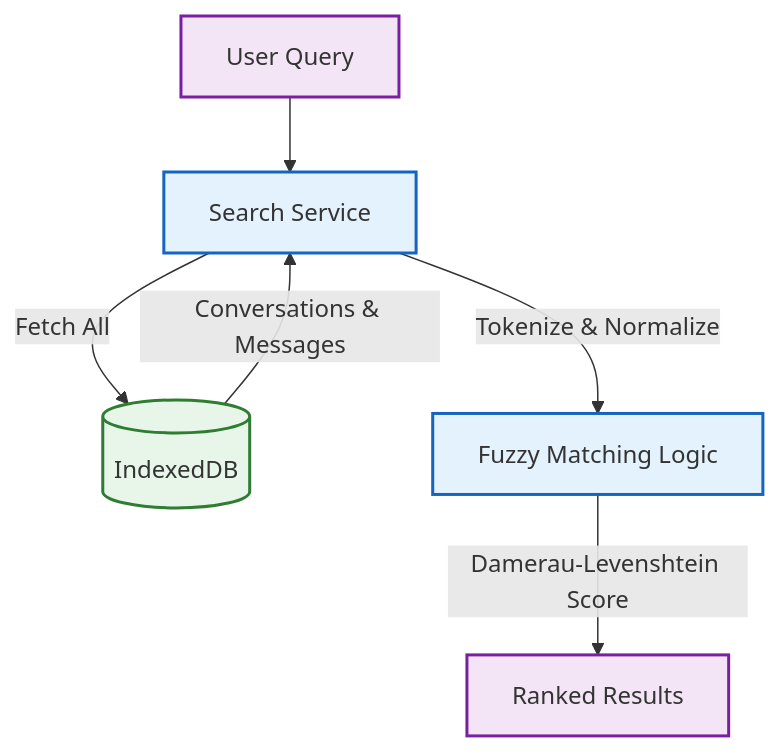
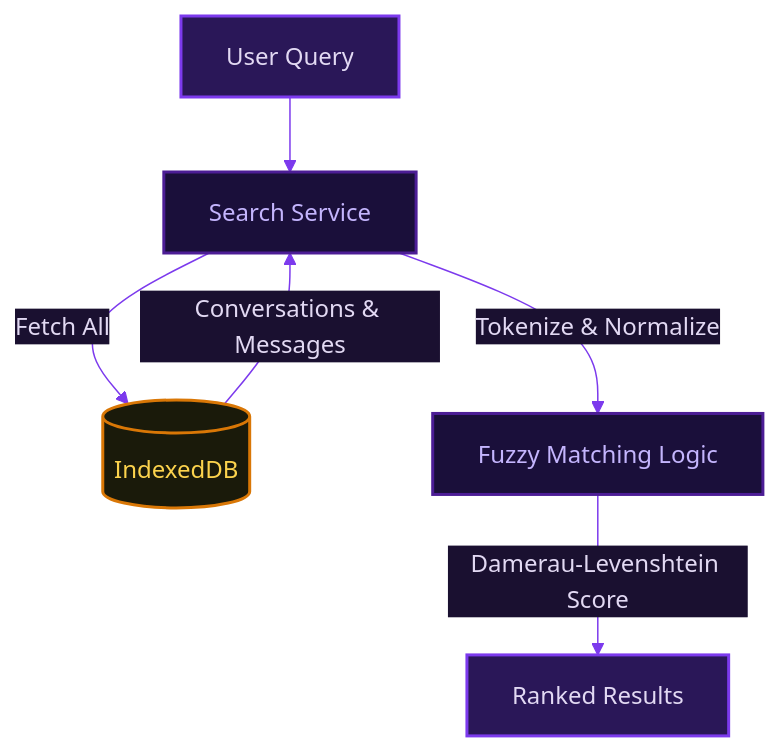
Before and after one commit to BabaDeluxe/babadeluxe-webview: the fifth of 5 diagrams in README.md, drawn with Mermaid. The commit also changed other lines of this file, not shown here.

Commit message:
docs: :art: Applied consistent dark purple cyberpunk theme to all Mermaid diagrams

````diff
--- a/README.md
+++ b/README.md
@@ -153,12 +157,13 @@
 ```mermaid
+%%{init: {'theme': 'base', 'themeVariables': {'background': '#13111a', 'primaryColor': '#2a1758', 'primaryTextColor': '#e2d9f3', 'primaryBorderColor': '#7c3aed', 'lineColor': '#7c3aed', 'edgeLabelBackground': '#1a1030', 'clusterBkg': '#1a1030', 'clusterBorder': '#4c1d95', 'titleColor': '#e2d9f3', 'fontFamily': 'monospace'}}}%%
 graph TD
-    classDef input fill:#f3e5f5,stroke:#7b1fa2,stroke-width:2px
-    classDef process fill:#e3f2fd,stroke:#1565c0,stroke-width:2px
-    classDef store fill:#e8f5e9,stroke:#2e7d32,stroke-width:2px
+    classDef input fill:#2a1758,stroke:#7c3aed,stroke-width:2px,color:#e2d9f3
+    classDef process fill:#1a0f3a,stroke:#4c1d95,stroke-width:2px,color:#c4b5fd
+    classDef store fill:#1a1a0a,stroke:#d97706,stroke-width:2px,color:#fcd34d
 
     UserInput[User Query]:::input --> SearchService
     SearchService[Search Service]:::process -->|Fetch All| DB[(IndexedDB)]:::store
     DB -->|Conversations & Messages| SearchService
     SearchService -->|Tokenize & Normalize| FuzzyLogic[Fuzzy Matching Logic]:::process
     FuzzyLogic -->|Damerau-Levenshtein Score| Results[Ranked Results]:::input
 ```
````
